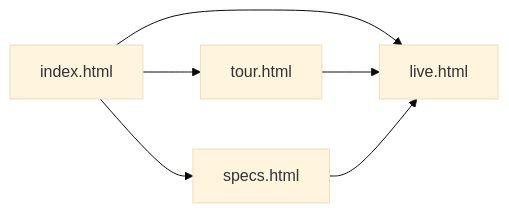
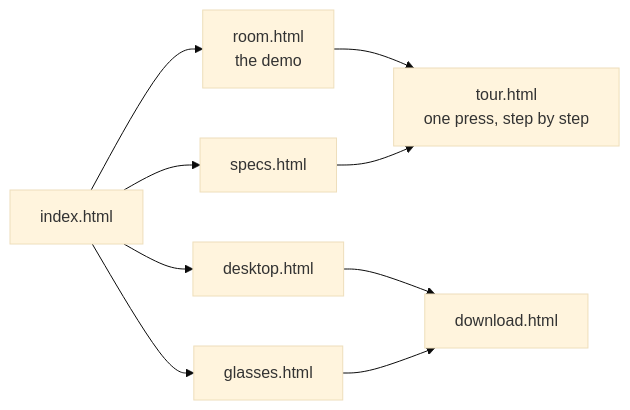
Before and after one commit to aakashksen/ContextLens-Neo: the eighth of 8 diagrams in README.md, drawn with Mermaid (base theme). The commit also changed other lines of this file and 1 other file, not shown here.

Commit message:
README and website doc describe the current pages: demo, desktop, glasses, download, walkthrough

````diff
--- a/README.md
+++ b/README.md
@@ -218,8 +218,11 @@
 ```mermaid
 flowchart LR
-    H["index.html"] --> T["tour.html"]
+    H["index.html"] --> R["room.html<br/>the demo"]
+    H --> D["desktop.html"]
+    H --> G["glasses.html"]
     H --> S["specs.html"]
-    H --> L["live.html"]
-    T --> L
-    S --> L
+    D --> DL["download.html"]
+    G --> DL
+    R --> T["tour.html<br/>one press, step by step"]
+    S --> T
 ```
````
